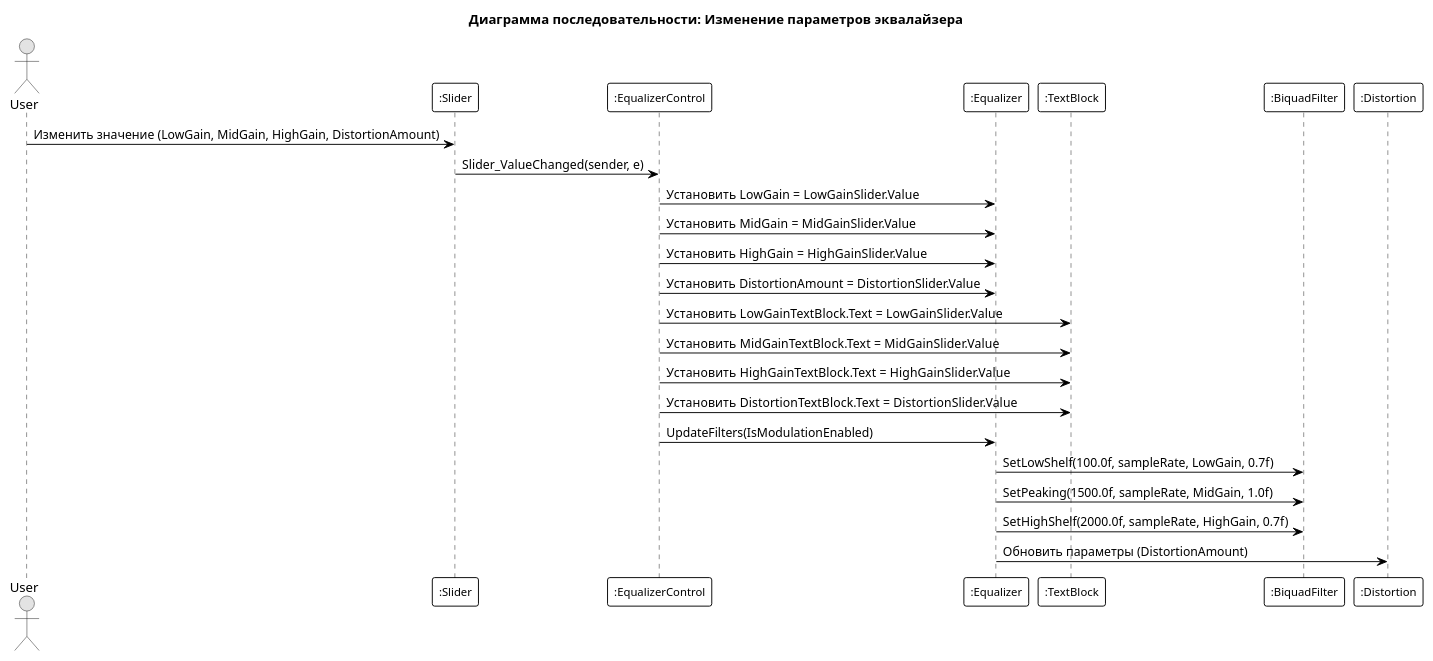
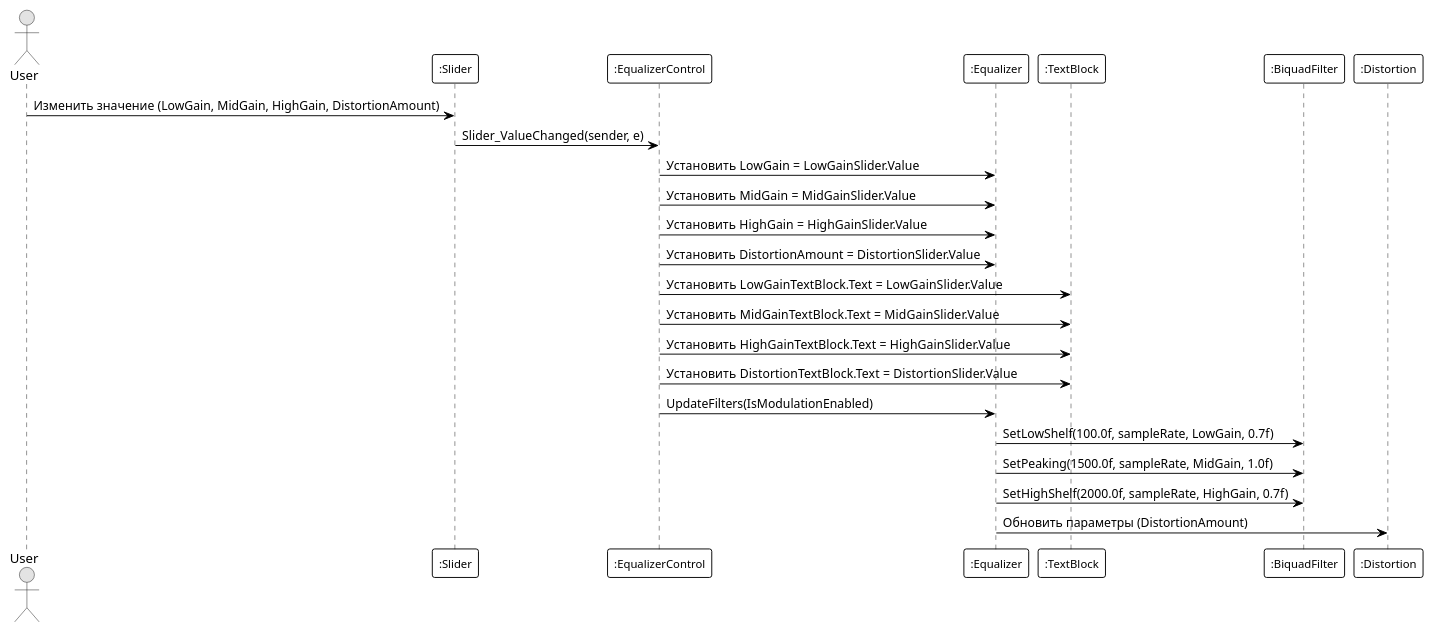
One commit to alex-pyslar/dream-synth changed the diagram in docs/Equalizer/sequence.puml. Above: the diagram before and after it, drawn with PlantUML. The commit also changed 26 other files, not shown here.

Commit message:
Редактирование блок схем

```diff
--- a/docs/Equalizer/sequence.puml
+++ b/docs/Equalizer/sequence.puml
@@ -1,38 +1,36 @@
 @startuml SequenceDiagramEqualizerSettings
 
 skinparam monochrome true
 skinparam shadowing false
 skinparam participantFontSize 12
 skinparam participantFontName Arial
 skinparam participantBorderThickness 1
 skinparam participantBackgroundColor none
 skinparam participantBorderColor black
 skinparam ArrowColor black
-
-title Диаграмма последовательности: Изменение параметров эквалайзера
 
 actor User
 participant ":Slider" as Slider
 participant ":EqualizerControl" as Control
 participant ":Equalizer" as Equalizer
 participant ":TextBlock" as TextBlock
 participant ":BiquadFilter" as BiquadFilter
 participant ":Distortion" as Distortion
 
 User -> Slider: Изменить значение (LowGain, MidGain, HighGain, DistortionAmount)
 Slider -> Control: Slider_ValueChanged(sender, e)
 Control -> Equalizer: Установить LowGain = LowGainSlider.Value
 Control -> Equalizer: Установить MidGain = MidGainSlider.Value
 Control -> Equalizer: Установить HighGain = HighGainSlider.Value
 Control -> Equalizer: Установить DistortionAmount = DistortionSlider.Value
 Control -> TextBlock: Установить LowGainTextBlock.Text = LowGainSlider.Value
 Control -> TextBlock: Установить MidGainTextBlock.Text = MidGainSlider.Value
 Control -> TextBlock: Установить HighGainTextBlock.Text = HighGainSlider.Value
 Control -> TextBlock: Установить DistortionTextBlock.Text = DistortionSlider.Value
 Control -> Equalizer: UpdateFilters(IsModulationEnabled)
 Equalizer -> BiquadFilter: SetLowShelf(100.0f, sampleRate, LowGain, 0.7f)
 Equalizer -> BiquadFilter: SetPeaking(1500.0f, sampleRate, MidGain, 1.0f)
 Equalizer -> BiquadFilter: SetHighShelf(2000.0f, sampleRate, HighGain, 0.7f)
 Equalizer -> Distortion: Обновить параметры (DistortionAmount)
 
 @enduml
```
